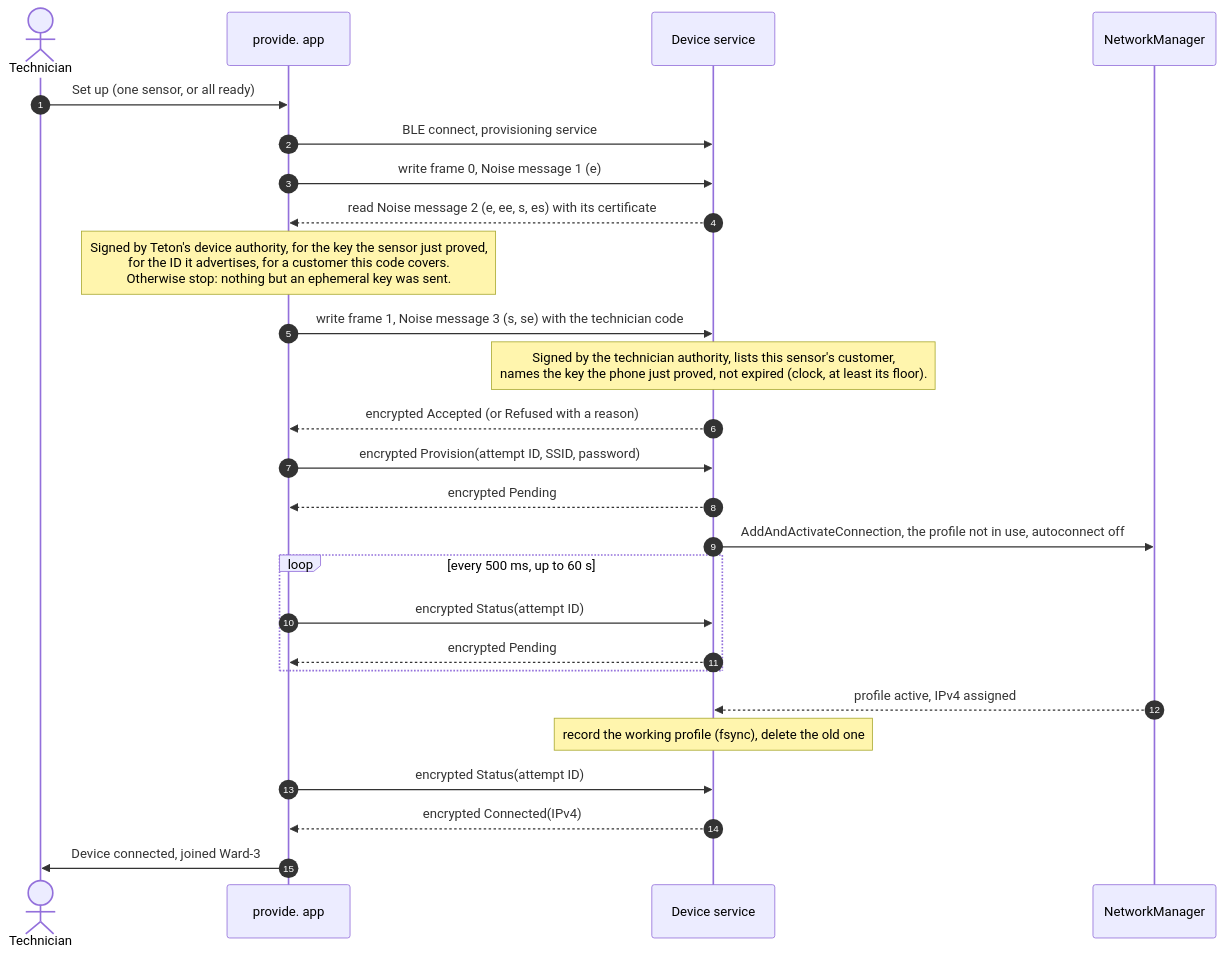
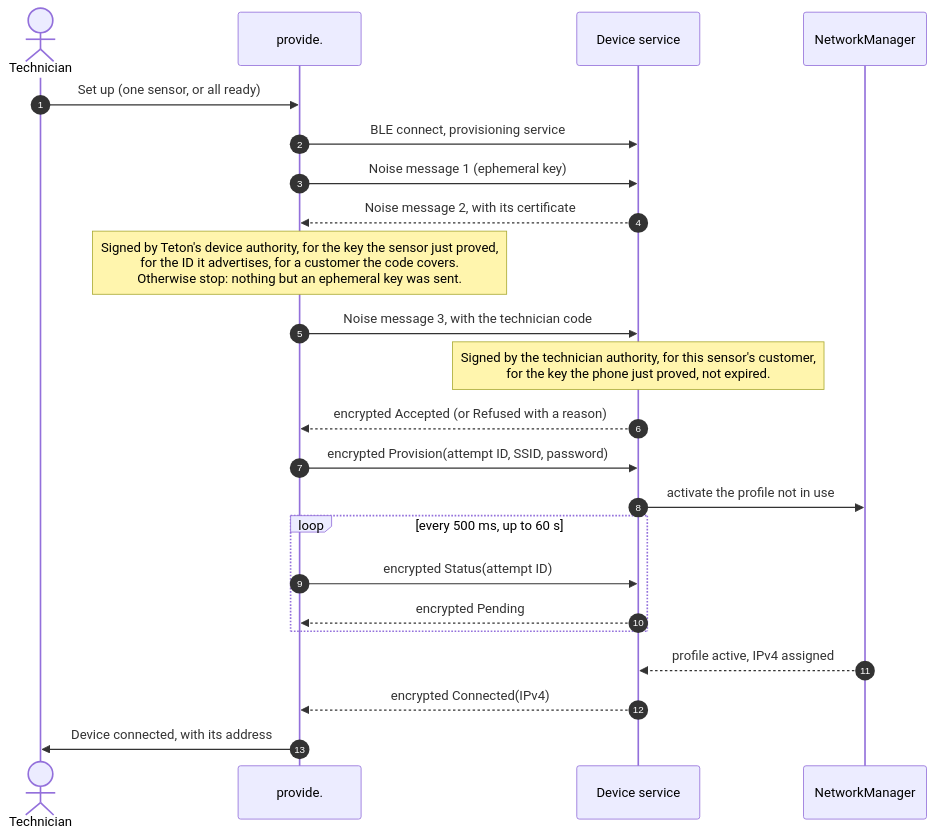
The second of 3 diagrams in docs/ARCHITECTURE.md (NoeBrt/Teton-Provide), drawn with Mermaid before and after one commit. The commit also changed other lines of this file and 8 other files, not shown here.

First line of the commit message:
docs: README tech stack, architecture, security, tests, test setup

````diff
--- a/docs/ARCHITECTURE.md
+++ b/docs/ARCHITECTURE.md
@@ -145,28 +79,25 @@
 ```mermaid
 sequenceDiagram
     autonumber
     actor T as Technician
-    participant P as provide. app
+    participant P as provide.
     participant D as Device service
     participant N as NetworkManager
     T->>P: Set up (one sensor, or all ready)
     P->>D: BLE connect, provisioning service
-    P->>D: write frame 0, Noise message 1 (e)
-    D-->>P: read Noise message 2 (e, ee, s, es) with its certificate
-    Note over P: Signed by Teton's device authority, for the key the sensor just proved,<br/>for the ID it advertises, for a customer this code covers.<br/>Otherwise stop: nothing but an ephemeral key was sent.
-    P->>D: write frame 1, Noise message 3 (s, se) with the technician code
-    Note over D: Signed by the technician authority, lists this sensor's customer,<br/>names the key the phone just proved, not expired (clock, at least its floor).
+    P->>D: Noise message 1 (ephemeral key)
+    D-->>P: Noise message 2, with its certificate
+    Note over P: Signed by Teton's device authority, for the key the sensor just proved,<br/>for the ID it advertises, for a customer the code covers.<br/>Otherwise stop: nothing but an ephemeral key was sent.
+    P->>D: Noise message 3, with the technician code
+    Note over D: Signed by the technician authority, for this sensor's customer,<br/>for the key the phone just proved, not expired.
     D-->>P: encrypted Accepted (or Refused with a reason)
     P->>D: encrypted Provision(attempt ID, SSID, password)
-    D-->>P: encrypted Pending
-    D->>N: AddAndActivateConnection, the profile not in use, autoconnect off
+    D->>N: activate the profile not in use
     loop every 500 ms, up to 60 s
         P->>D: encrypted Status(attempt ID)
         D-->>P: encrypted Pending
     end
     N-->>D: profile active, IPv4 assigned
-    Note over D: record the working profile (fsync), delete the old one
-    P->>D: encrypted Status(attempt ID)
     D-->>P: encrypted Connected(IPv4)
-    P->>T: Device connected, joined Ward-3
+    P->>T: Device connected, with its address
 ```
````
